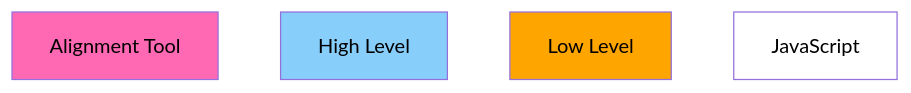
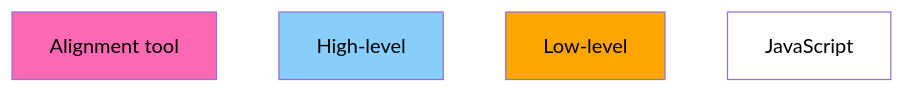
Before and after one commit to joelostblom/viz-oer: the second of 2 diagrams in textbook/2_grammar-of-graphics.qmd, drawn with Mermaid. The commit also changed other lines of this file, not shown here.

````diff
--- a/textbook/2_grammar-of-graphics.qmd
+++ b/textbook/2_grammar-of-graphics.qmd
@@ -525,15 +529,15 @@
 ```{mermaid}
 %%| label: ecosystem-legend
 %%| mermaid-format: png
 graph TD
     %% Color definitions
     classDef alignmentTool fill:#FF69B4,color:#000
     classDef highLevel fill:#87CEFA,color:#000
     classDef lowLevel fill:#FFA500,color:#000
     classDef javascript fill:#FFFFFF,color:#000
     %% Legend items
-    AT[Alignment Tool]:::alignmentTool
-    HL[High Level]:::highLevel
-    LL[Low Level]:::lowLevel
+    AT[Alignment tool]:::alignmentTool
+    HL[High-level]:::highLevel
+    LL[Low-level]:::lowLevel
     JS[JavaScript]:::javascript
 ```
````
